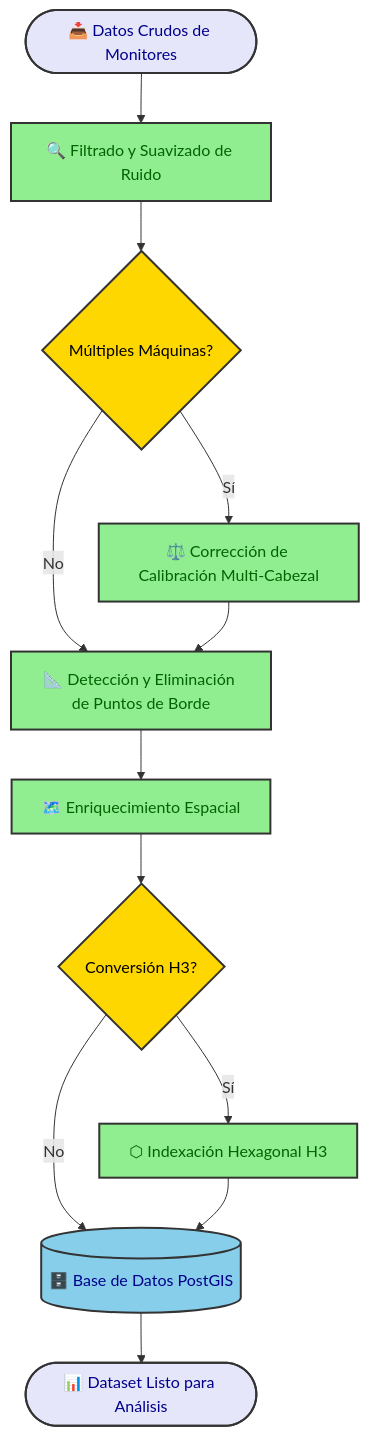
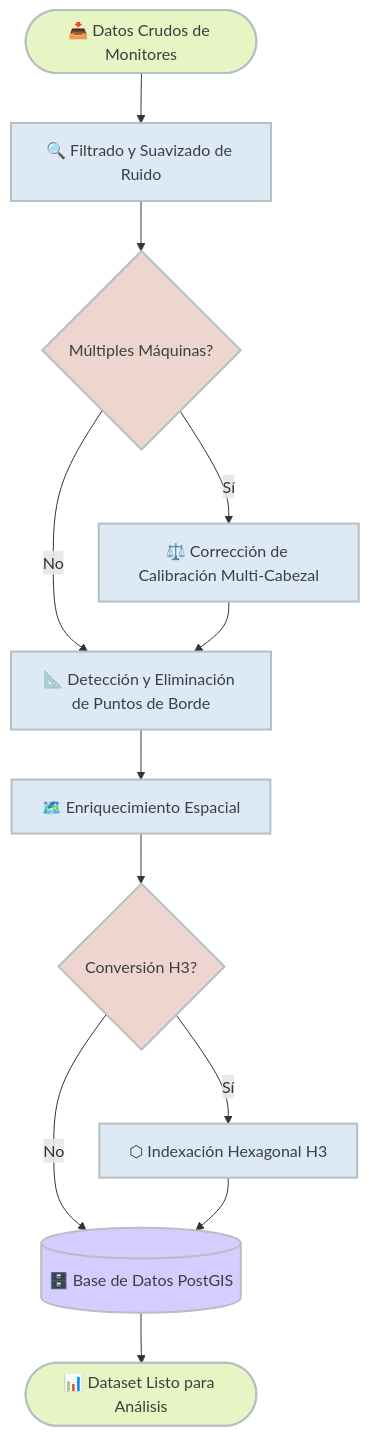
The diagram in es/docs/portfolio/projects/yield-monitor-data-pipeline.md (Joaquin-Urruti/joaquinurruti-website), drawn with Mermaid before and after one commit. The commit also changed other lines of this file and 5 other files, not shown here.

First line of the commit message:
Enhance project documentation with mermaid diagrams for clarity and visual appeal

````diff
--- a/es/docs/portfolio/projects/yield-monitor-data-pipeline.md
+++ b/es/docs/portfolio/projects/yield-monitor-data-pipeline.md
@@ -55,24 +57,24 @@
 ```mermaid
 flowchart TD
     A([📥 Datos Crudos de Monitores]) --> B[🔍 Filtrado y Suavizado de Ruido]
     B --> C{Múltiples Máquinas?}
     C -->|Sí| D[⚖️ Corrección de Calibración Multi-Cabezal]
     C -->|No| E[📐 Detección y Eliminación de Puntos de Borde]
     D --> E
     E --> F[🗺️ Enriquecimiento Espacial]
     F --> G{Conversión H3?}
     G -->|Sí| H[⬡ Indexación Hexagonal H3]
     G -->|No| I[(🗄️ Base de Datos PostGIS)]
     H --> I
     I --> J([📊 Dataset Listo para Análisis])
 
-    classDef startEnd fill:#E6E6FA,stroke:#333,stroke-width:2px,color:darkblue
-    classDef process fill:#90EE90,stroke:#333,stroke-width:2px,color:darkgreen
-    classDef decision fill:#FFD700,stroke:#333,stroke-width:2px,color:black
-    classDef data fill:#87CEEB,stroke:#333,stroke-width:2px,color:darkblue
+    classDef startEnd fill:#E7F5C5,stroke:#B5C0C0,stroke-width:2px,color:#3A4040
+    classDef process fill:#DDEAF6,stroke:#B5C0C0,stroke-width:2px,color:#3A4040
+    classDef decision fill:#EED5CF,stroke:#B5C0C0,stroke-width:2px,color:#3A4040
+    classDef data fill:#D6CCFF,stroke:#B5C0C0,stroke-width:2px,color:#3A4040
 
     class A,J startEnd
     class B,D,E,F,H process
     class C,G decision
     class I data
 ```
````
